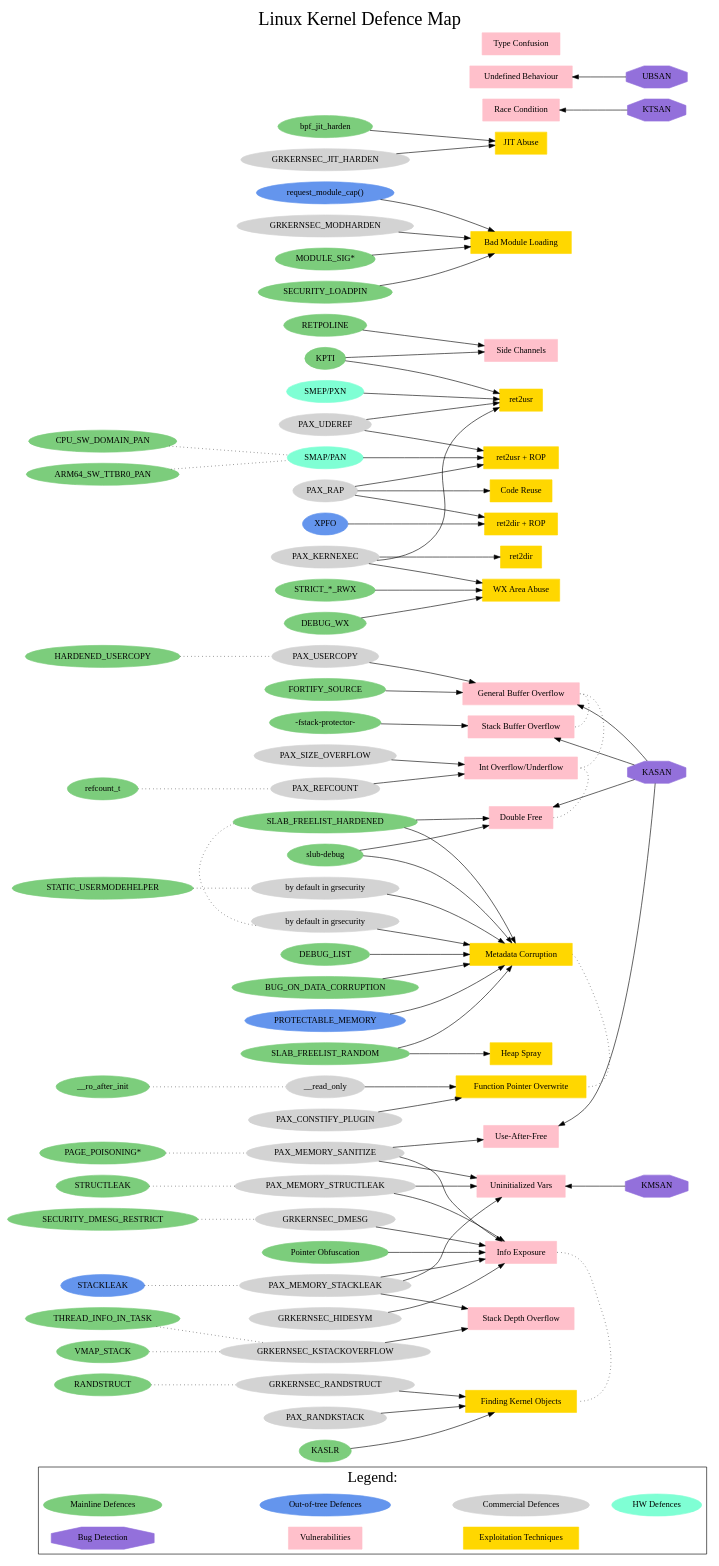
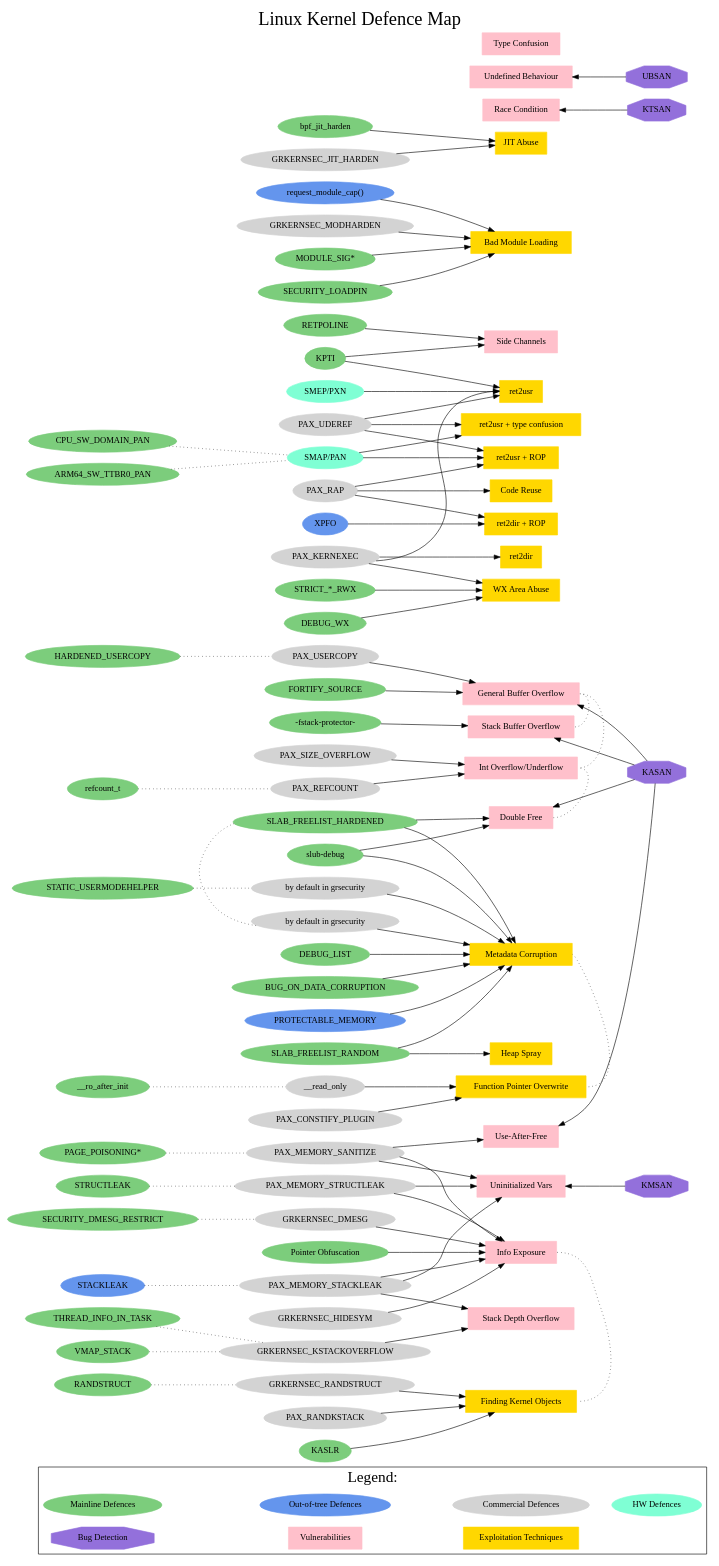
The diagram in linux-kernel-defence-map.dot (a13xp0p0v/linux-kernel-defence-map), drawn with Graphviz before and after one commit.

Commit message:
Add ret2usr + type confusion (thanks to Kees Cook)

```diff
--- a/linux-kernel-defence-map.dot
+++ b/linux-kernel-defence-map.dot
@@ -179,6 +179,7 @@
     "Heap Spray";
     "Code Reuse";
     "ret2usr";
+    "ret2usr + type confusion";
     "ret2usr + ROP";
     "ret2dir";
     "ret2dir + ROP";
@@ -272,6 +273,8 @@
   "KPTI" -> "ret2usr";
   "SMEP/PXN" -> "ret2usr";
 
+  "PAX_UDEREF" -> "ret2usr + type confusion";
+  "SMAP/PAN" -> "ret2usr + type confusion";
 
   "PAX_UDEREF" -> "ret2usr + ROP";
   "SMAP/PAN" -> "ret2usr + ROP";
```
